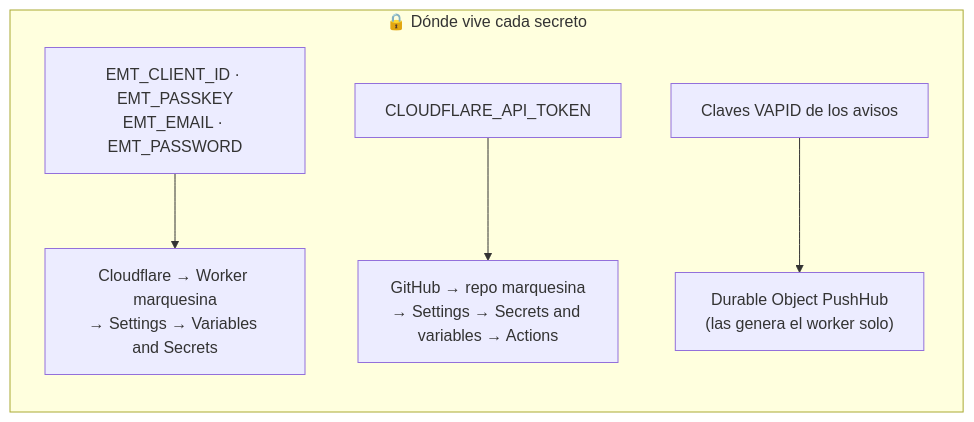
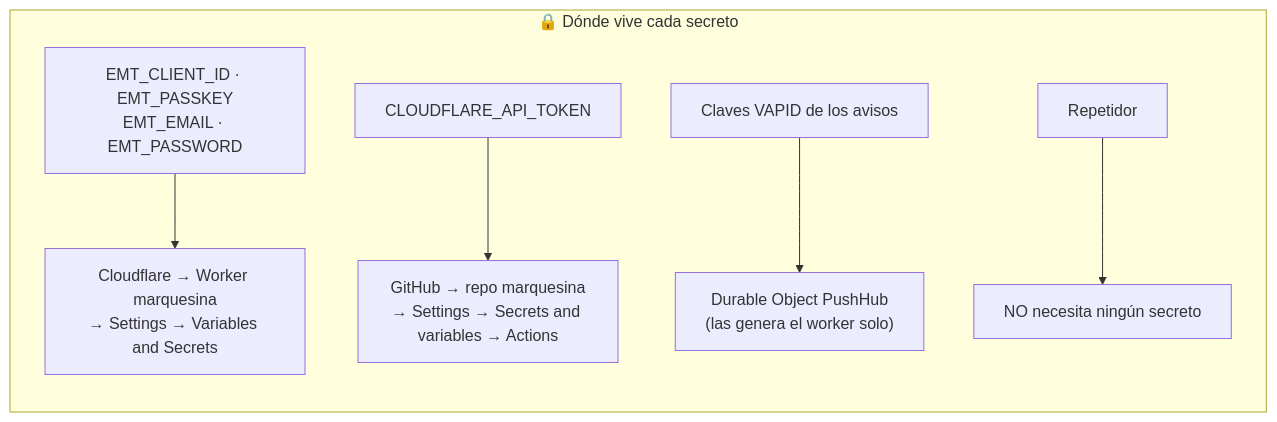
The ninth of 17 diagrams in docs/GUIA.md (serbenda/marquesina), drawn with Mermaid before and after one commit. The commit also changed other lines of this file and 13 other files, not shown here.

````diff
--- a/docs/GUIA.md
+++ b/docs/GUIA.md
@@ -268,9 +354,10 @@
 ```mermaid
 flowchart LR
   subgraph Secretos["🔒 Dónde vive cada secreto"]
     direction TB
     S1["EMT_CLIENT_ID · EMT_PASSKEY<br/>EMT_EMAIL · EMT_PASSWORD"] --> L1["Cloudflare → Worker marquesina<br/>→ Settings → Variables and Secrets"]
     S2["CLOUDFLARE_API_TOKEN"] --> L2["GitHub → repo marquesina<br/>→ Settings → Secrets and variables → Actions"]
     S3["Claves VAPID de los avisos"] --> L3["Durable Object PushHub<br/>(las genera el worker solo)"]
+    S4["Repetidor"] --> L4["NO necesita ningún secreto"]
   end
 ```
````
